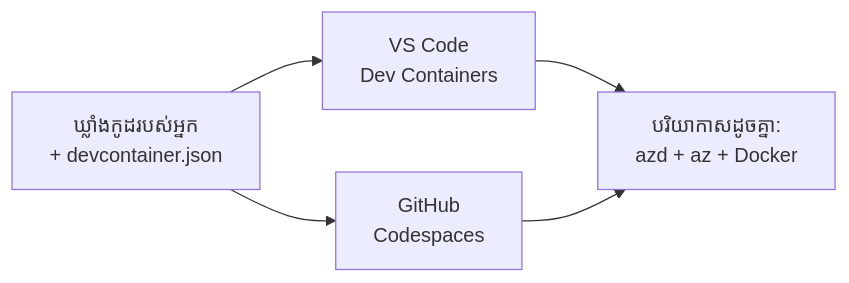
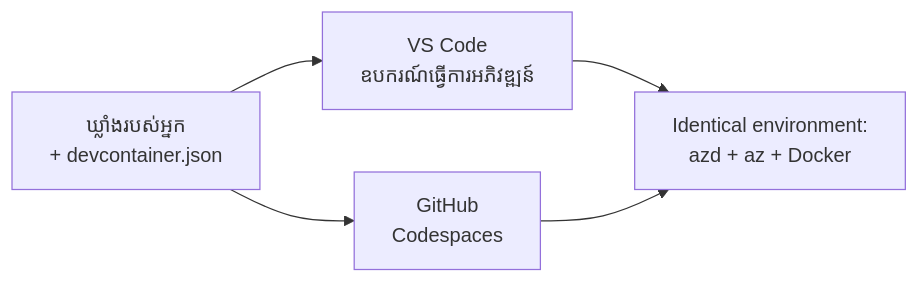
One commit to microsoft/AZD-for-beginners changed the diagram in translations/km/docs/chapter-01-foundation/dev-containers.md. Above: the diagram before and after it, drawn with Mermaid. The commit also changed other lines of this file and 20 other files, not shown here.

````diff
--- a/translations/km/docs/chapter-01-foundation/dev-containers.md
+++ b/translations/km/docs/chapter-01-foundation/dev-containers.md
@@ -41,7 +41,7 @@
 ```mermaid
 graph LR
-    Repo[ឃ្លាំងកូដ​របស់អ្នក<br/>+ devcontainer.json] --> VSCode[VS Code<br/>Dev Containers]
+    Repo[ឃ្លាំងរបស់អ្នក<br/>+ devcontainer.json] --> VSCode[VS Code<br/>ឧបករណ៍ធ្វើការអភិវឌ្ឍន៍]
     Repo --> Codespaces[GitHub<br/>Codespaces]
-    VSCode --> Env[បរិយាកាសដូចគ្នា:<br/>azd + az + Docker]
+    VSCode --> Env[Identical environment:<br/>azd + az + Docker]
     Codespaces --> Env
 ```
````
